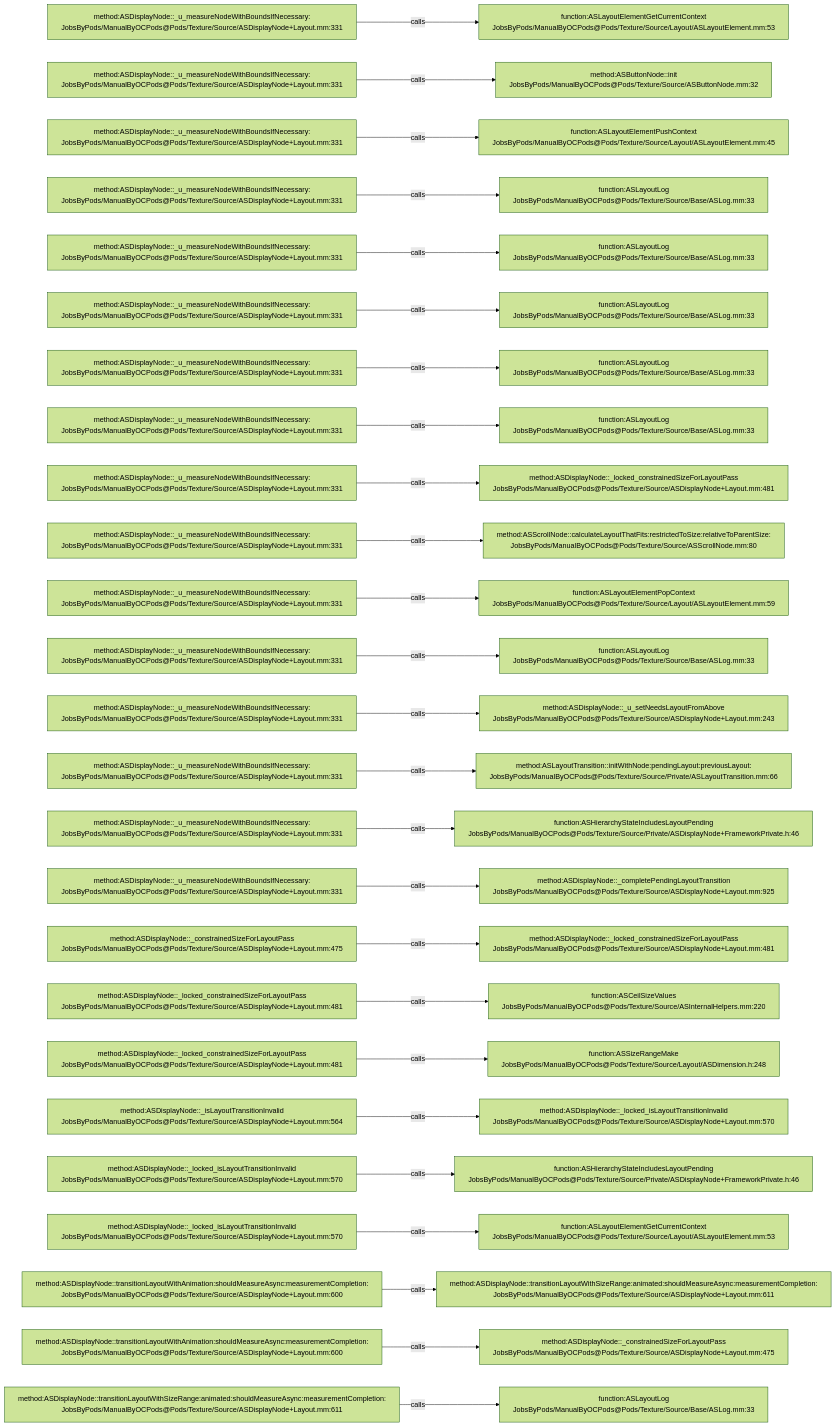
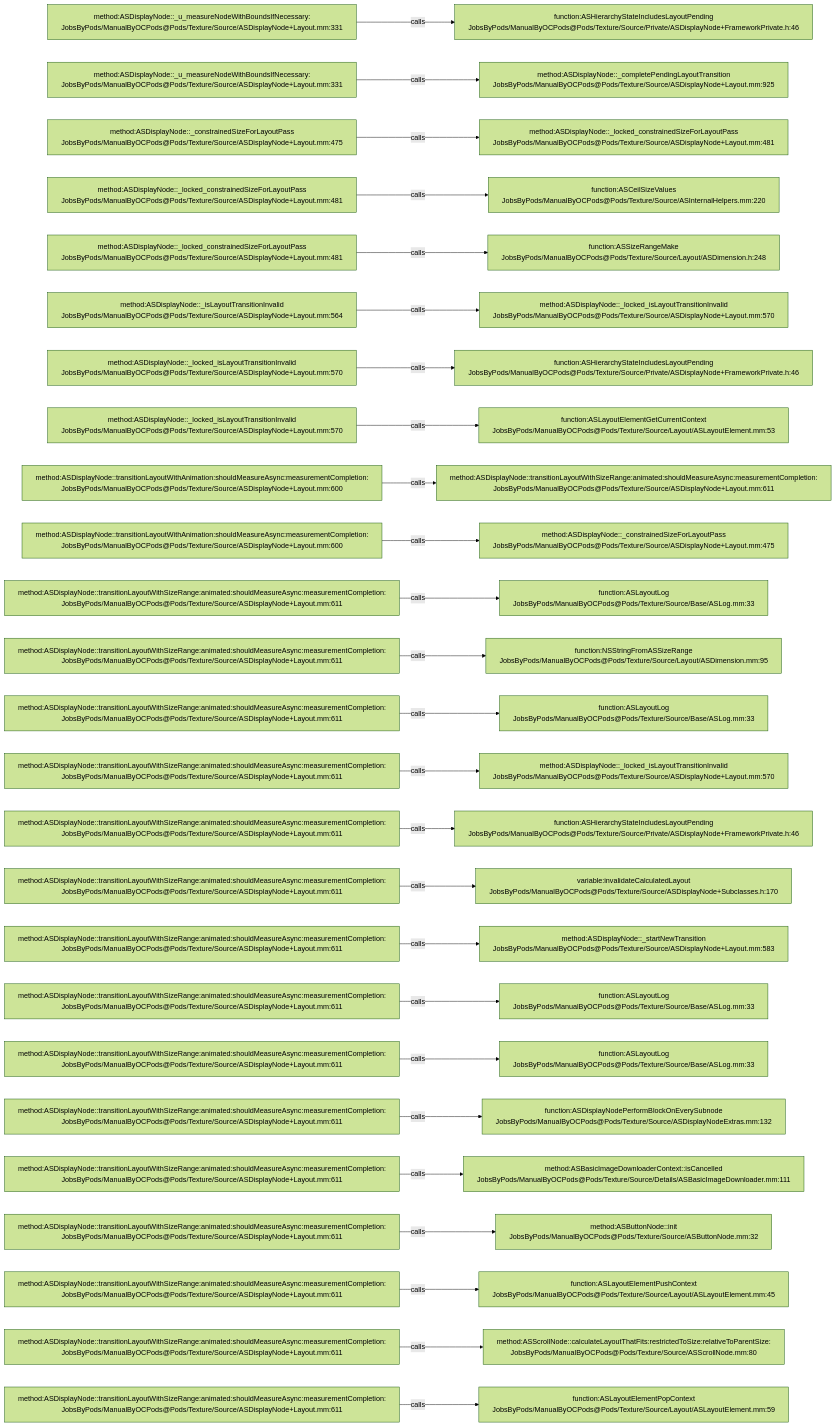
The diagram in .codegraph/codegraph.md/graphs/calls-093.md (JobsKits/JobsOCBaseConfigDemo), drawn with Mermaid (forest theme) before and after one commit. The commit also changed 296 other files, not shown here.

````diff
--- a/.codegraph/codegraph.md/graphs/calls-093.md
+++ b/.codegraph/codegraph.md/graphs/calls-093.md
@@ -13,78 +13,78 @@
 ```mermaid
 flowchart LR
   S1["method:ASDisplayNode::_u_measureNodeWithBoundsIfNecessary:<br/>JobsByPods/ManualByOCPods@Pods/Texture/Source/ASDisplayNode+Layout.mm:331"]
-  T1["function:ASLayoutElementGetCurrentContext<br/>JobsByPods/ManualByOCPods@Pods/Texture/Source/Layout/ASLayoutElement.mm:53"]
+  T1["function:ASHierarchyStateIncludesLayoutPending<br/>JobsByPods/ManualByOCPods@Pods/Texture/Source/Private/ASDisplayNode+FrameworkPrivate.h:46"]
   S1 -->|calls| T1
   S2["method:ASDisplayNode::_u_measureNodeWithBoundsIfNecessary:<br/>JobsByPods/ManualByOCPods@Pods/Texture/Source/ASDisplayNode+Layout.mm:331"]
-  T2["method:ASButtonNode::init<br/>JobsByPods/ManualByOCPods@Pods/Texture/Source/ASButtonNode.mm:32"]
+  T2["method:ASDisplayNode::_completePendingLayoutTransition<br/>JobsByPods/ManualByOCPods@Pods/Texture/Source/ASDisplayNode+Layout.mm:925"]
   S2 -->|calls| T2
-  S3["method:ASDisplayNode::_u_measureNodeWithBoundsIfNecessary:<br/>JobsByPods/ManualByOCPods@Pods/Texture/Source/ASDisplayNode+Layout.mm:331"]
-  T3["function:ASLayoutElementPushContext<br/>JobsByPods/ManualByOCPods@Pods/Texture/Source/Layout/ASLayoutElement.mm:45"]
+  S3["method:ASDisplayNode::_constrainedSizeForLayoutPass<br/>JobsByPods/ManualByOCPods@Pods/Texture/Source/ASDisplayNode+Layout.mm:475"]
+  T3["method:ASDisplayNode::_locked_constrainedSizeForLayoutPass<br/>JobsByPods/ManualByOCPods@Pods/Texture/Source/ASDisplayNode+Layout.mm:481"]
   S3 -->|calls| T3
-  S4["method:ASDisplayNode::_u_measureNodeWithBoundsIfNecessary:<br/>JobsByPods/ManualByOCPods@Pods/Texture/Source/ASDisplayNode+Layout.mm:331"]
-  T4["function:ASLayoutLog<br/>JobsByPods/ManualByOCPods@Pods/Texture/Source/Base/ASLog.mm:33"]
+  S4["method:ASDisplayNode::_locked_constrainedSizeForLayoutPass<br/>JobsByPods/ManualByOCPods@Pods/Texture/Source/ASDisplayNode+Layout.mm:481"]
+  T4["function:ASCeilSizeValues<br/>JobsByPods/ManualByOCPods@Pods/Texture/Source/ASInternalHelpers.mm:220"]
   S4 -->|calls| T4
-  S5["method:ASDisplayNode::_u_measureNodeWithBoundsIfNecessary:<br/>JobsByPods/ManualByOCPods@Pods/Texture/Source/ASDisplayNode+Layout.mm:331"]
-  T5["function:ASLayoutLog<br/>JobsByPods/ManualByOCPods@Pods/Texture/Source/Base/ASLog.mm:33"]
+  S5["method:ASDisplayNode::_locked_constrainedSizeForLayoutPass<br/>JobsByPods/ManualByOCPods@Pods/Texture/Source/ASDisplayNode+Layout.mm:481"]
+  T5["function:ASSizeRangeMake<br/>JobsByPods/ManualByOCPods@Pods/Texture/Source/Layout/ASDimension.h:248"]
   S5 -->|calls| T5
-  S6["method:ASDisplayNode::_u_measureNodeWithBoundsIfNecessary:<br/>JobsByPods/ManualByOCPods@Pods/Texture/Source/ASDisplayNode+Layout.mm:331"]
-  T6["function:ASLayoutLog<br/>JobsByPods/ManualByOCPods@Pods/Texture/Source/Base/ASLog.mm:33"]
+  S6["method:ASDisplayNode::_isLayoutTransitionInvalid<br/>JobsByPods/ManualByOCPods@Pods/Texture/Source/ASDisplayNode+Layout.mm:564"]
+  T6["method:ASDisplayNode::_locked_isLayoutTransitionInvalid<br/>JobsByPods/ManualByOCPods@Pods/Texture/Source/ASDisplayNode+Layout.mm:570"]
   S6 -->|calls| T6
-  S7["method:ASDisplayNode::_u_measureNodeWithBoundsIfNecessary:<br/>JobsByPods/ManualByOCPods@Pods/Texture/Source/ASDisplayNode+Layout.mm:331"]
-  T7["function:ASLayoutLog<br/>JobsByPods/ManualByOCPods@Pods/Texture/Source/Base/ASLog.mm:33"]
+  S7["method:ASDisplayNode::_locked_isLayoutTransitionInvalid<br/>JobsByPods/ManualByOCPods@Pods/Texture/Source/ASDisplayNode+Layout.mm:570"]
+  T7["function:ASHierarchyStateIncludesLayoutPending<br/>JobsByPods/ManualByOCPods@Pods/Texture/Source/Private/ASDisplayNode+FrameworkPrivate.h:46"]
   S7 -->|calls| T7
-  S8["method:ASDisplayNode::_u_measureNodeWithBoundsIfNecessary:<br/>JobsByPods/ManualByOCPods@Pods/Texture/Source/ASDisplayNode+Layout.mm:331"]
-  T8["function:ASLayoutLog<br/>JobsByPods/ManualByOCPods@Pods/Texture/Source/Base/ASLog.mm:33"]
+  S8["method:ASDisplayNode::_locked_isLayoutTransitionInvalid<br/>JobsByPods/ManualByOCPods@Pods/Texture/Source/ASDisplayNode+Layout.mm:570"]
+  T8["function:ASLayoutElementGetCurrentContext<br/>JobsByPods/ManualByOCPods@Pods/Texture/Source/Layout/ASLayoutElement.mm:53"]
   S8 -->|calls| T8
-  S9["method:ASDisplayNode::_u_measureNodeWithBoundsIfNecessary:<br/>JobsByPods/ManualByOCPods@Pods/Texture/Source/ASDisplayNode+Layout.mm:331"]
-  T9["method:ASDisplayNode::_locked_constrainedSizeForLayoutPass<br/>JobsByPods/ManualByOCPods@Pods/Texture/Source/ASDisplayNode+Layout.mm:481"]
+  S9["method:ASDisplayNode::transitionLayoutWithAnimation:shouldMeasureAsync:measurementCompletion:<br/>JobsByPods/ManualByOCPods@Pods/Texture/Source/ASDisplayNode+Layout.mm:600"]
+  T9["method:ASDisplayNode::transitionLayoutWithSizeRange:animated:shouldMeasureAsync:measurementCompletion:<br/>JobsByPods/ManualByOCPods@Pods/Texture/Source/ASDisplayNode+Layout.mm:611"]
   S9 -->|calls| T9
-  S10["method:ASDisplayNode::_u_measureNodeWithBoundsIfNecessary:<br/>JobsByPods/ManualByOCPods@Pods/Texture/Source/ASDisplayNode+Layout.mm:331"]
-  T10["method:ASScrollNode::calculateLayoutThatFits:restrictedToSize:relativeToParentSize:<br/>JobsByPods/ManualByOCPods@Pods/Texture/Source/ASScrollNode.mm:80"]
+  S10["method:ASDisplayNode::transitionLayoutWithAnimation:shouldMeasureAsync:measurementCompletion:<br/>JobsByPods/ManualByOCPods@Pods/Texture/Source/ASDisplayNode+Layout.mm:600"]
+  T10["method:ASDisplayNode::_constrainedSizeForLayoutPass<br/>JobsByPods/ManualByOCPods@Pods/Texture/Source/ASDisplayNode+Layout.mm:475"]
   S10 -->|calls| T10
-  S11["method:ASDisplayNode::_u_measureNodeWithBoundsIfNecessary:<br/>JobsByPods/ManualByOCPods@Pods/Texture/Source/ASDisplayNode+Layout.mm:331"]
-  T11["function:ASLayoutElementPopContext<br/>JobsByPods/ManualByOCPods@Pods/Texture/Source/Layout/ASLayoutElement.mm:59"]
+  S11["method:ASDisplayNode::transitionLayoutWithSizeRange:animated:shouldMeasureAsync:measurementCompletion:<br/>JobsByPods/ManualByOCPods@Pods/Texture/Source/ASDisplayNode+Layout.mm:611"]
+  T11["function:ASLayoutLog<br/>JobsByPods/ManualByOCPods@Pods/Texture/Source/Base/ASLog.mm:33"]
   S11 -->|calls| T11
-  S12["method:ASDisplayNode::_u_measureNodeWithBoundsIfNecessary:<br/>JobsByPods/ManualByOCPods@Pods/Texture/Source/ASDisplayNode+Layout.mm:331"]
-  T12["function:ASLayoutLog<br/>JobsByPods/ManualByOCPods@Pods/Texture/Source/Base/ASLog.mm:33"]
+  S12["method:ASDisplayNode::transitionLayoutWithSizeRange:animated:shouldMeasureAsync:measurementCompletion:<br/>JobsByPods/ManualByOCPods@Pods/Texture/Source/ASDisplayNode+Layout.mm:611"]
+  T12["function:NSStringFromASSizeRange<br/>JobsByPods/ManualByOCPods@Pods/Texture/Source/Layout/ASDimension.mm:95"]
   S12 -->|calls| T12
-  S13["method:ASDisplayNode::_u_measureNodeWithBoundsIfNecessary:<br/>JobsByPods/ManualByOCPods@Pods/Texture/Source/ASDisplayNode+Layout.mm:331"]
-  T13["method:ASDisplayNode::_u_setNeedsLayoutFromAbove<br/>JobsByPods/ManualByOCPods@Pods/Texture/Source/ASDisplayNode+Layout.mm:243"]
+  S13["method:ASDisplayNode::transitionLayoutWithSizeRange:animated:shouldMeasureAsync:measurementCompletion:<br/>JobsByPods/ManualByOCPods@Pods/Texture/Source/ASDisplayNode+Layout.mm:611"]
+  T13["function:ASLayoutLog<br/>JobsByPods/ManualByOCPods@Pods/Texture/Source/Base/ASLog.mm:33"]
   S13 -->|calls| T13
-  S14["method:ASDisplayNode::_u_measureNodeWithBoundsIfNecessary:<br/>JobsByPods/ManualByOCPods@Pods/Texture/Source/ASDisplayNode+Layout.mm:331"]
-  T14["method:ASLayoutTransition::initWithNode:pendingLayout:previousLayout:<br/>JobsByPods/ManualByOCPods@Pods/Texture/Source/Private/ASLayoutTransition.mm:66"]
+  S14["method:ASDisplayNode::transitionLayoutWithSizeRange:animated:shouldMeasureAsync:measurementCompletion:<br/>JobsByPods/ManualByOCPods@Pods/Texture/Source/ASDisplayNode+Layout.mm:611"]
+  T14["method:ASDisplayNode::_locked_isLayoutTransitionInvalid<br/>JobsByPods/ManualByOCPods@Pods/Texture/Source/ASDisplayNode+Layout.mm:570"]
   S14 -->|calls| T14
-  S15["method:ASDisplayNode::_u_measureNodeWithBoundsIfNecessary:<br/>JobsByPods/ManualByOCPods@Pods/Texture/Source/ASDisplayNode+Layout.mm:331"]
+  S15["method:ASDisplayNode::transitionLayoutWithSizeRange:animated:shouldMeasureAsync:measurementCompletion:<br/>JobsByPods/ManualByOCPods@Pods/Texture/Source/ASDisplayNode+Layout.mm:611"]
   T15["function:ASHierarchyStateIncludesLayoutPending<br/>JobsByPods/ManualByOCPods@Pods/Texture/Source/Private/ASDisplayNode+FrameworkPrivate.h:46"]
   S15 -->|calls| T15
-  S16["method:ASDisplayNode::_u_measureNodeWithBoundsIfNecessary:<br/>JobsByPods/ManualByOCPods@Pods/Texture/Source/ASDisplayNode+Layout.mm:331"]
-  T16["method:ASDisplayNode::_completePendingLayoutTransition<br/>JobsByPods/ManualByOCPods@Pods/Texture/Source/ASDisplayNode+Layout.mm:925"]
+  S16["method:ASDisplayNode::transitionLayoutWithSizeRange:animated:shouldMeasureAsync:measurementCompletion:<br/>JobsByPods/ManualByOCPods@Pods/Texture/Source/ASDisplayNode+Layout.mm:611"]
+  T16["variable:invalidateCalculatedLayout<br/>JobsByPods/ManualByOCPods@Pods/Texture/Source/ASDisplayNode+Subclasses.h:170"]
   S16 -->|calls| T16
-  S17["method:ASDisplayNode::_constrainedSizeForLayoutPass<br/>JobsByPods/ManualByOCPods@Pods/Texture/Source/ASDisplayNode+Layout.mm:475"]
-  T17["method:ASDisplayNode::_locked_constrainedSizeForLayoutPass<br/>JobsByPods/ManualByOCPods@Pods/Texture/Source/ASDisplayNode+Layout.mm:481"]
+  S17["method:ASDisplayNode::transitionLayoutWithSizeRange:animated:shouldMeasureAsync:measurementCompletion:<br/>JobsByPods/ManualByOCPods@Pods/Texture/Source/ASDisplayNode+Layout.mm:611"]
+  T17["method:ASDisplayNode::_startNewTransition<br/>JobsByPods/ManualByOCPods@Pods/Texture/Source/ASDisplayNode+Layout.mm:583"]
   S17 -->|calls| T17
-  S18["method:ASDisplayNode::_locked_constrainedSizeForLayoutPass<br/>JobsByPods/ManualByOCPods@Pods/Texture/Source/ASDisplayNode+Layout.mm:481"]
-  T18["function:ASCeilSizeValues<br/>JobsByPods/ManualByOCPods@Pods/Texture/Source/ASInternalHelpers.mm:220"]
+  S18["method:ASDisplayNode::transitionLayoutWithSizeRange:animated:shouldMeasureAsync:measurementCompletion:<br/>JobsByPods/ManualByOCPods@Pods/Texture/Source/ASDisplayNode+Layout.mm:611"]
+  T18["function:ASLayoutLog<br/>JobsByPods/ManualByOCPods@Pods/Texture/Source/Base/ASLog.mm:33"]
   S18 -->|calls| T18
-  S19["method:ASDisplayNode::_locked_constrainedSizeForLayoutPass<br/>JobsByPods/ManualByOCPods@Pods/Texture/Source/ASDisplayNode+Layout.mm:481"]
-  T19["function:ASSizeRangeMake<br/>JobsByPods/ManualByOCPods@Pods/Texture/Source/Layout/ASDimension.h:248"]
+  S19["method:ASDisplayNode::transitionLayoutWithSizeRange:animated:shouldMeasureAsync:measurementCompletion:<br/>JobsByPods/ManualByOCPods@Pods/Texture/Source/ASDisplayNode+Layout.mm:611"]
+  T19["function:ASLayoutLog<br/>JobsByPods/ManualByOCPods@Pods/Texture/Source/Base/ASLog.mm:33"]
   S19 -->|calls| T19
-  S20["method:ASDisplayNode::_isLayoutTransitionInvalid<br/>JobsByPods/ManualByOCPods@Pods/Texture/Source/ASDisplayNode+Layout.mm:564"]
-  T20["method:ASDisplayNode::_locked_isLayoutTransitionInvalid<br/>JobsByPods/ManualByOCPods@Pods/Texture/Source/ASDisplayNode+Layout.mm:570"]
+  S20["method:ASDisplayNode::transitionLayoutWithSizeRange:animated:shouldMeasureAsync:measurementCompletion:<br/>JobsByPods/ManualByOCPods@Pods/Texture/Source/ASDisplayNode+Layout.mm:611"]
+  T20["function:ASDisplayNodePerformBlockOnEverySubnode<br/>JobsByPods/ManualByOCPods@Pods/Texture/Source/ASDisplayNodeExtras.mm:132"]
   S20 -->|calls| T20
-  S21["method:ASDisplayNode::_locked_isLayoutTransitionInvalid<br/>JobsByPods/ManualByOCPods@Pods/Texture/Source/ASDisplayNode+Layout.mm:570"]
-  T21["function:ASHierarchyStateIncludesLayoutPending<br/>JobsByPods/ManualByOCPods@Pods/Texture/Source/Private/ASDisplayNode+FrameworkPrivate.h:46"]
+  S21["method:ASDisplayNode::transitionLayoutWithSizeRange:animated:shouldMeasureAsync:measurementCompletion:<br/>JobsByPods/ManualByOCPods@Pods/Texture/Source/ASDisplayNode+Layout.mm:611"]
+  T21["method:ASBasicImageDownloaderContext::isCancelled<br/>JobsByPods/ManualByOCPods@Pods/Texture/Source/Details/ASBasicImageDownloader.mm:111"]
   S21 -->|calls| T21
-  S22["method:ASDisplayNode::_locked_isLayoutTransitionInvalid<br/>JobsByPods/ManualByOCPods@Pods/Texture/Source/ASDisplayNode+Layout.mm:570"]
-  T22["function:ASLayoutElementGetCurrentContext<br/>JobsByPods/ManualByOCPods@Pods/Texture/Source/Layout/ASLayoutElement.mm:53"]
+  S22["method:ASDisplayNode::transitionLayoutWithSizeRange:animated:shouldMeasureAsync:measurementCompletion:<br/>JobsByPods/ManualByOCPods@Pods/Texture/Source/ASDisplayNode+Layout.mm:611"]
+  T22["method:ASButtonNode::init<br/>JobsByPods/ManualByOCPods@Pods/Texture/Source/ASButtonNode.mm:32"]
   S22 -->|calls| T22
-  S23["method:ASDisplayNode::transitionLayoutWithAnimation:shouldMeasureAsync:measurementCompletion:<br/>JobsByPods/ManualByOCPods@Pods/Texture/Source/ASDisplayNode+Layout.mm:600"]
-  T23["method:ASDisplayNode::transitionLayoutWithSizeRange:animated:shouldMeasureAsync:measurementCompletion:<br/>JobsByPods/ManualByOCPods@Pods/Texture/Source/ASDisplayNode+Layout.mm:611"]
+  S23["method:ASDisplayNode::transitionLayoutWithSizeRange:animated:shouldMeasureAsync:measurementCompletion:<br/>JobsByPods/ManualByOCPods@Pods/Texture/Source/ASDisplayNode+Layout.mm:611"]
+  T23["function:ASLayoutElementPushContext<br/>JobsByPods/ManualByOCPods@Pods/Texture/Source/Layout/ASLayoutElement.mm:45"]
   S23 -->|calls| T23
-  S24["method:ASDisplayNode::transitionLayoutWithAnimation:shouldMeasureAsync:measurementCompletion:<br/>JobsByPods/ManualByOCPods@Pods/Texture/Source/ASDisplayNode+Layout.mm:600"]
-  T24["method:ASDisplayNode::_constrainedSizeForLayoutPass<br/>JobsByPods/ManualByOCPods@Pods/Texture/Source/ASDisplayNode+Layout.mm:475"]
+  S24["method:ASDisplayNode::transitionLayoutWithSizeRange:animated:shouldMeasureAsync:measurementCompletion:<br/>JobsByPods/ManualByOCPods@Pods/Texture/Source/ASDisplayNode+Layout.mm:611"]
+  T24["method:ASScrollNode::calculateLayoutThatFits:restrictedToSize:relativeToParentSize:<br/>JobsByPods/ManualByOCPods@Pods/Texture/Source/ASScrollNode.mm:80"]
   S24 -->|calls| T24
   S25["method:ASDisplayNode::transitionLayoutWithSizeRange:animated:shouldMeasureAsync:measurementCompletion:<br/>JobsByPods/ManualByOCPods@Pods/Texture/Source/ASDisplayNode+Layout.mm:611"]
-  T25["function:ASLayoutLog<br/>JobsByPods/ManualByOCPods@Pods/Texture/Source/Base/ASLog.mm:33"]
+  T25["function:ASLayoutElementPopContext<br/>JobsByPods/ManualByOCPods@Pods/Texture/Source/Layout/ASLayoutElement.mm:59"]
   S25 -->|calls| T25
 ```
````
